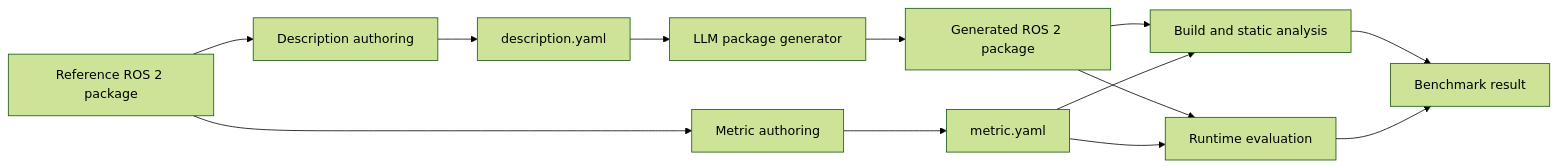
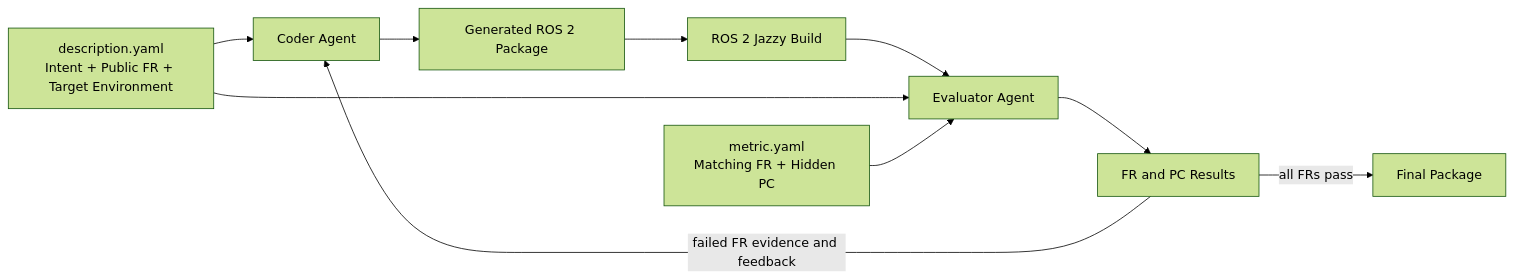
One commit to KANG8369/Benchmark-for-ROS-2-Code-Generation-Using-LLM changed the diagram in README.md. Above: the diagram before and after it, drawn with Mermaid (forest theme). The commit also changed other lines of this file and 2 other files, not shown here.

Commit message:
Document revised public FR and hidden PC format

````diff
--- a/README.md
+++ b/README.md
@@ -38,15 +53,21 @@
 ```mermaid
 flowchart LR
-    A[Reference ROS 2 package] --> B[Description authoring]
-    A --> C[Metric authoring]
-    B --> D[description.yaml]
-    C --> E[metric.yaml]
-    D --> F[LLM package generator]
-    F --> G[Generated ROS 2 package]
-    G --> H[Build and static analysis]
-    G --> I[Runtime evaluation]
-    E --> H
-    E --> I
-    H --> J[Benchmark result]
-    I --> J
+    D[description.yaml<br/>Intent + Public FR + Target Environment]
+    M[metric.yaml<br/>Matching FR + Hidden PC]
+    C[Coder Agent]
+    P[Generated ROS 2 Package]
+    B[ROS 2 Jazzy Build]
+    E[Evaluator Agent]
+    R[FR and PC Results]
+    O[Final Package]
+
+    D --> C
+    C --> P
+    P --> B
+    B --> E
+    D --> E
+    M --> E
+    E --> R
+    R -->|all FRs pass| O
+    R -->|failed FR evidence and feedback| C
 ```
````
